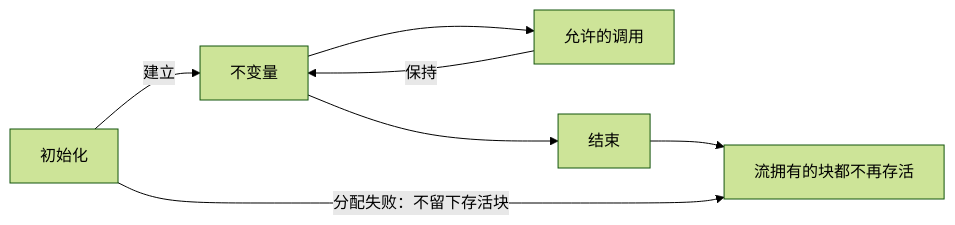
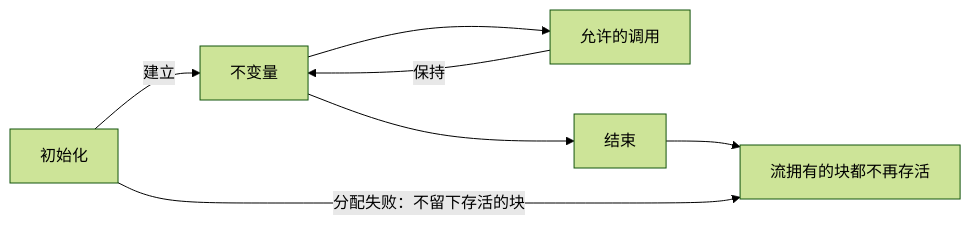
The second of 2 diagrams in docs/spec/safety.zh.md (cla7aye15I4nd/oss-proof), drawn with Mermaid (forest theme) before and after one commit. The commit also changed other lines of this file and 1 other file, not shown here.

````diff
--- a/docs/spec/safety.zh.md
+++ b/docs/spec/safety.zh.md
@@ -159,9 +223,9 @@
 ```mermaid
 flowchart LR
     I[初始化] -->|建立| V[不变量]
     V --> A[允许的调用]
     A -->|保持| V
     V --> E[结束]
     E --> Z[流拥有的块都不再存活]
-    I -->|分配失败：不留下存活块| Z
+    I -->|分配失败：不留下存活的块| Z
 ```
````
